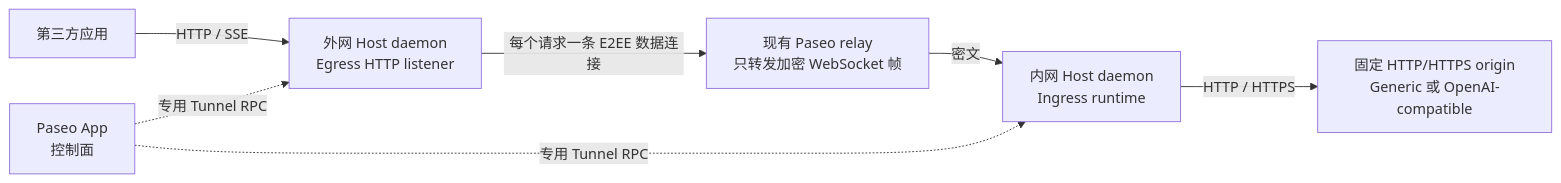
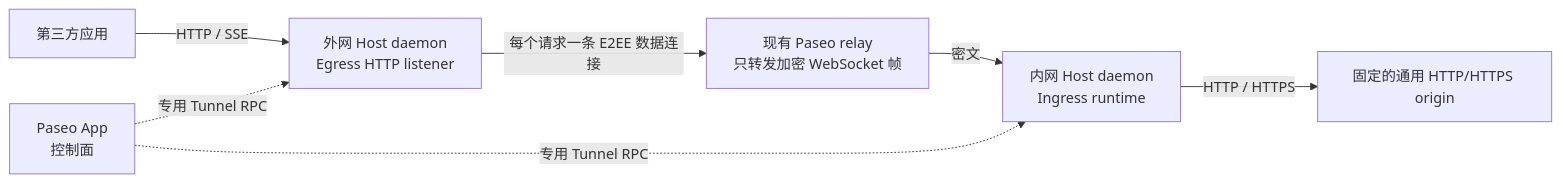
One commit to lyhu/paseo changed the first of 5 diagrams in docs/tunnel/http-proxy-tunnel-design.md. Above: the diagram before and after it, drawn with Mermaid. The commit also changed other lines of this file and 13 other files, not shown here.

````diff
--- a/docs/tunnel/http-proxy-tunnel-design.md
+++ b/docs/tunnel/http-proxy-tunnel-design.md
@@ -49,17 +49,17 @@
 ```mermaid
 flowchart LR
     Caller["第三方应用"]
     App["Paseo App<br/>控制面"]
     Egress["外网 Host daemon<br/>Egress HTTP listener"]
     Relay["现有 Paseo relay<br/>只转发加密 WebSocket 帧"]
     Ingress["内网 Host daemon<br/>Ingress runtime"]
-    Target["固定 HTTP/HTTPS origin<br/>Generic 或 OpenAI-compatible"]
+    Target["固定的通用 HTTP/HTTPS origin"]
 
     Caller -->|"HTTP / SSE"| Egress
     Egress -->|"每个请求一条 E2EE 数据连接"| Relay
     Relay -->|"密文"| Ingress
     Ingress -->|"HTTP / HTTPS"| Target
 
     App -.->|"专用 Tunnel RPC"| Egress
     App -.->|"专用 Tunnel RPC"| Ingress
 ```
````
